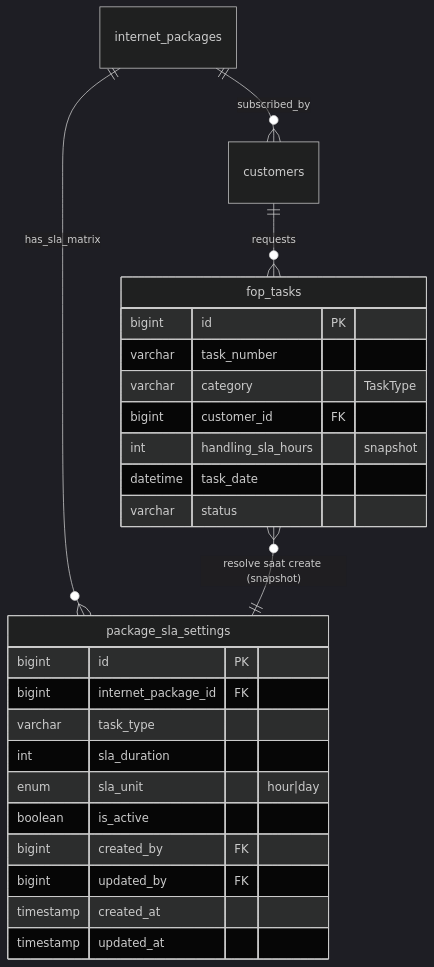
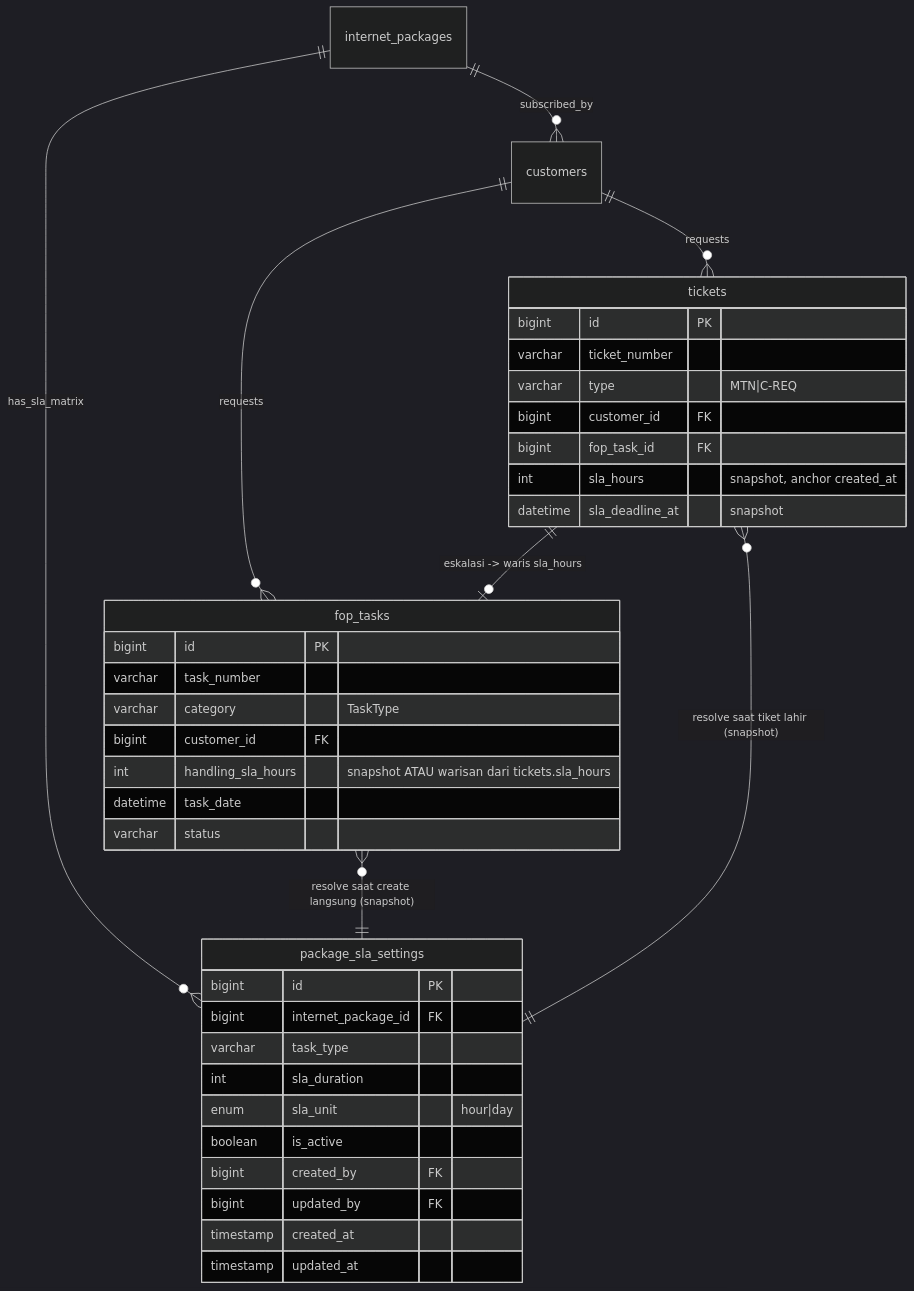
Before and after one commit to YofhiFauda/whusnet-operasional: the diagram in docs/master/sla-timeline/database-schema.md, drawn with Mermaid (dark theme). The commit also changed other lines of this file and 64 other files, not shown here.

First line of the commit message:
feat(ticketing): implementasi penelusuran SLA tiket, pengalihan FOP task & optimasi UI notifikasi

````diff
--- a/docs/master/sla-timeline/database-schema.md
+++ b/docs/master/sla-timeline/database-schema.md
@@ -7,30 +7,43 @@
 ```mermaid
 erDiagram
     internet_packages ||--o{ package_sla_settings : has_sla_matrix
     internet_packages ||--o{ customers : subscribed_by
     customers ||--o{ fop_tasks : requests
-    fop_tasks }o--|| package_sla_settings : "resolve saat create (snapshot)"
+    customers ||--o{ tickets : requests
+    fop_tasks }o--|| package_sla_settings : "resolve saat create langsung (snapshot)"
+    tickets }o--|| package_sla_settings : "resolve saat tiket lahir (snapshot)"
+    tickets ||--o| fop_tasks : "eskalasi -> waris sla_hours"
 
     package_sla_settings {
         bigint id PK
         bigint internet_package_id FK
         varchar task_type
         int sla_duration
         enum sla_unit "hour|day"
         boolean is_active
         bigint created_by FK
         bigint updated_by FK
         timestamp created_at
         timestamp updated_at
     }
 
     fop_tasks {
         bigint id PK
         varchar task_number
         varchar category "TaskType"
         bigint customer_id FK
-        int handling_sla_hours "snapshot"
+        int handling_sla_hours "snapshot ATAU warisan dari tickets.sla_hours"
         datetime task_date
         varchar status
     }
+
+    tickets {
+        bigint id PK
+        varchar ticket_number
+        varchar type "MTN|C-REQ"
+        bigint customer_id FK
+        bigint fop_task_id FK
+        int sla_hours "snapshot, anchor created_at"
+        datetime sla_deadline_at "snapshot"
+    }
 ```
````
